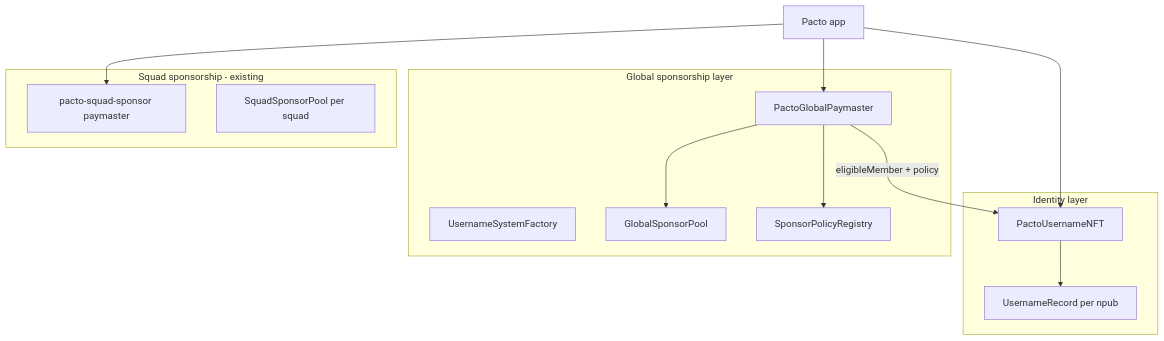
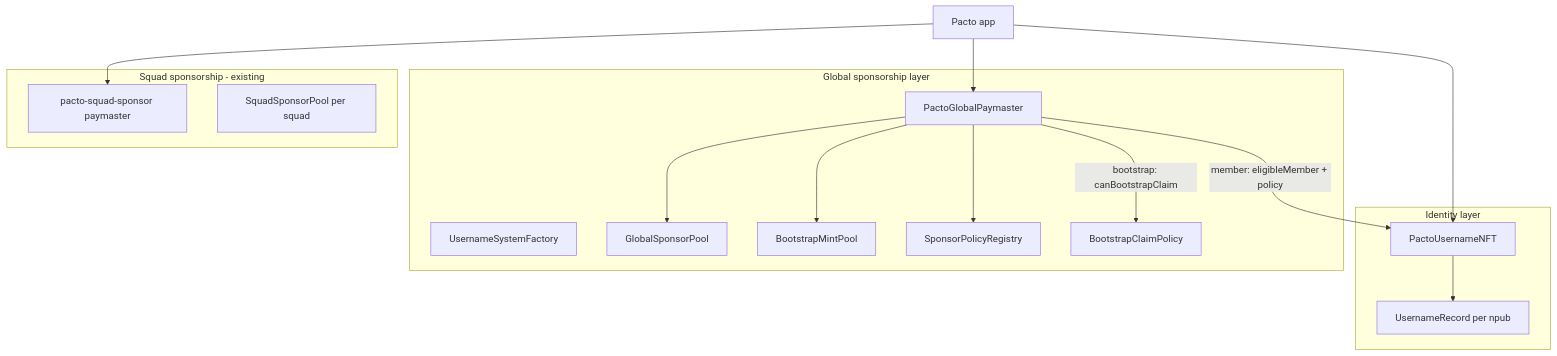
The diagram in docs/TECH_SPEC.md (covenant-gov/pacto-username-nft), drawn with Mermaid before and after one commit. The commit also changed other lines of this file and 2 other files, not shown here.

````diff
--- a/docs/TECH_SPEC.md
+++ b/docs/TECH_SPEC.md
@@ -25,29 +26,33 @@
 ```mermaid
 flowchart TB
   subgraph identity [Identity layer]
     NFT[PactoUsernameNFT]
     Record["UsernameRecord per npub"]
   end
 
   subgraph sponsor [Global sponsorship layer]
     Factory[UsernameSystemFactory]
     Pool[GlobalSponsorPool]
+    BootstrapPool[BootstrapMintPool]
     Policy[SponsorPolicyRegistry]
+    BootstrapPolicy[BootstrapClaimPolicy]
     Paymaster[PactoGlobalPaymaster]
   end
 
   subgraph squad [Squad sponsorship - existing]
     SquadPM[pacto-squad-sponsor paymaster]
     SquadPool[SquadSponsorPool per squad]
   end
 
   App[Pacto app]
   App --> NFT
   App --> Paymaster
   App --> SquadPM
 
   NFT --> Record
-  Paymaster -->|"eligibleMember + policy"| NFT
+  Paymaster -->|"member: eligibleMember + policy"| NFT
+  Paymaster -->|"bootstrap: canBootstrapClaim"| BootstrapPolicy
   Paymaster --> Policy
   Paymaster --> Pool
+  Paymaster --> BootstrapPool
 ```
````
